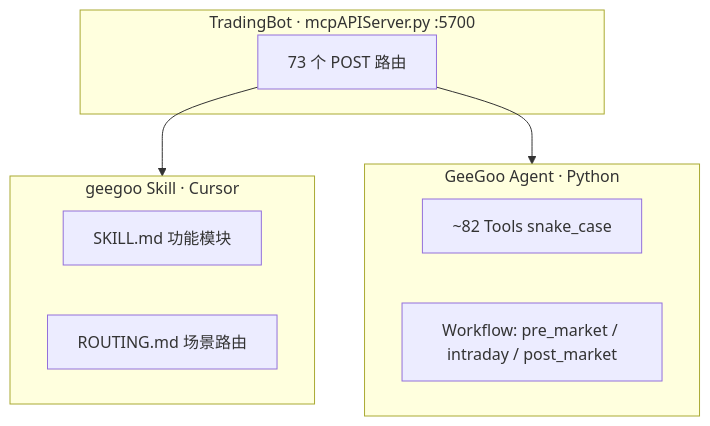
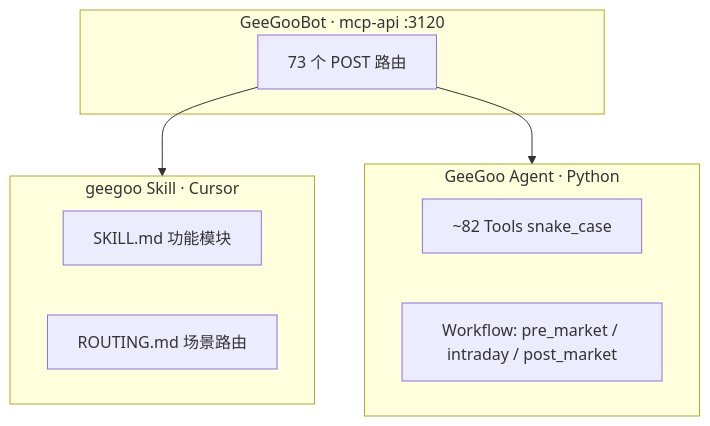
Before and after one commit to ghsemail/GeeGooAgent: the diagram in docs/reference/geegoo-mcp/architecture.md, drawn with Mermaid. The commit also changed other lines of this file and 64 other files, not shown here.

Commit message:
refactor: purge Trading 5xxx refs; docs and config use GeeGoo 3xxx only

````diff
--- a/docs/reference/geegoo-mcp/architecture.md
+++ b/docs/reference/geegoo-mcp/architecture.md
@@ -5,19 +5,19 @@
 ```mermaid
 flowchart TB
-    subgraph TB_Server["TradingBot · mcpAPIServer.py :5700"]
+    subgraph TB_Server["GeeGooBot · mcp-api :3120"]
         HTTP["73 个 POST 路由"]
     end
 
     subgraph Skill["geegoo Skill · Cursor"]
         SKILL["SKILL.md 功能模块"]
         ROUTE["ROUTING.md 场景路由"]
     end
 
     subgraph Agent["GeeGoo Agent · Python"]
         TOOLS["~82 Tools snake_case"]
         WF["Workflow: pre_market / intraday / post_market"]
     end
 
     HTTP --> Skill
     HTTP --> Agent
 ```
````
